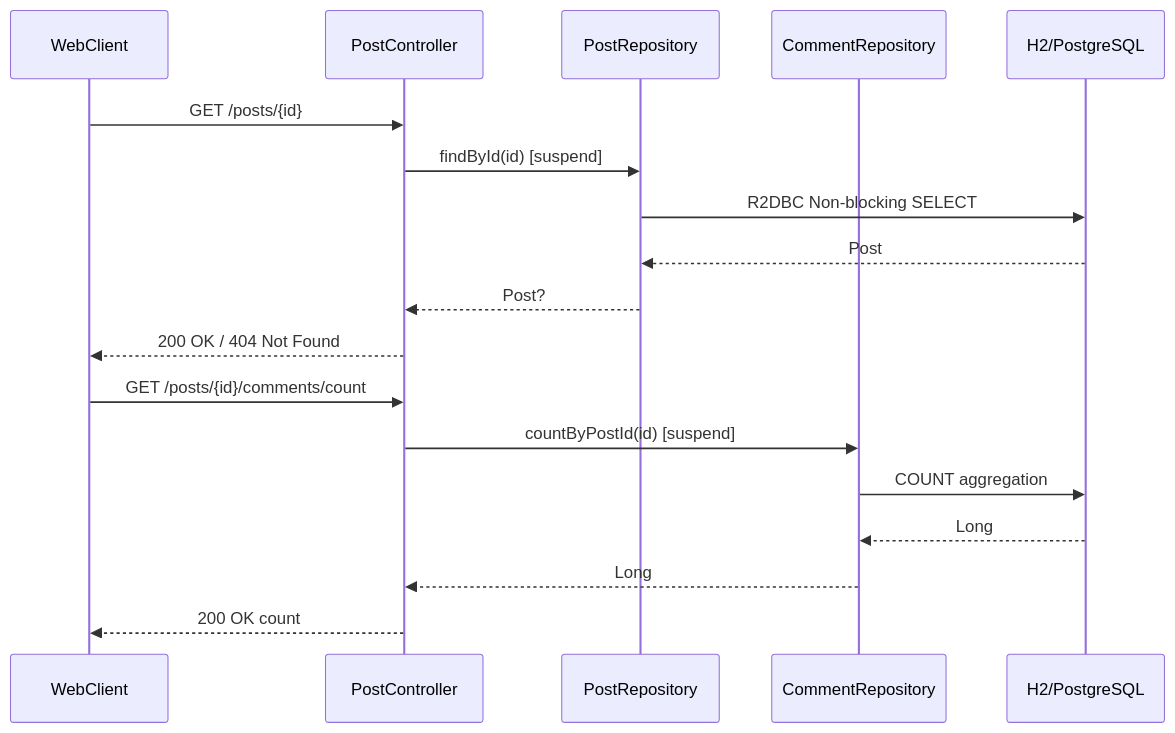
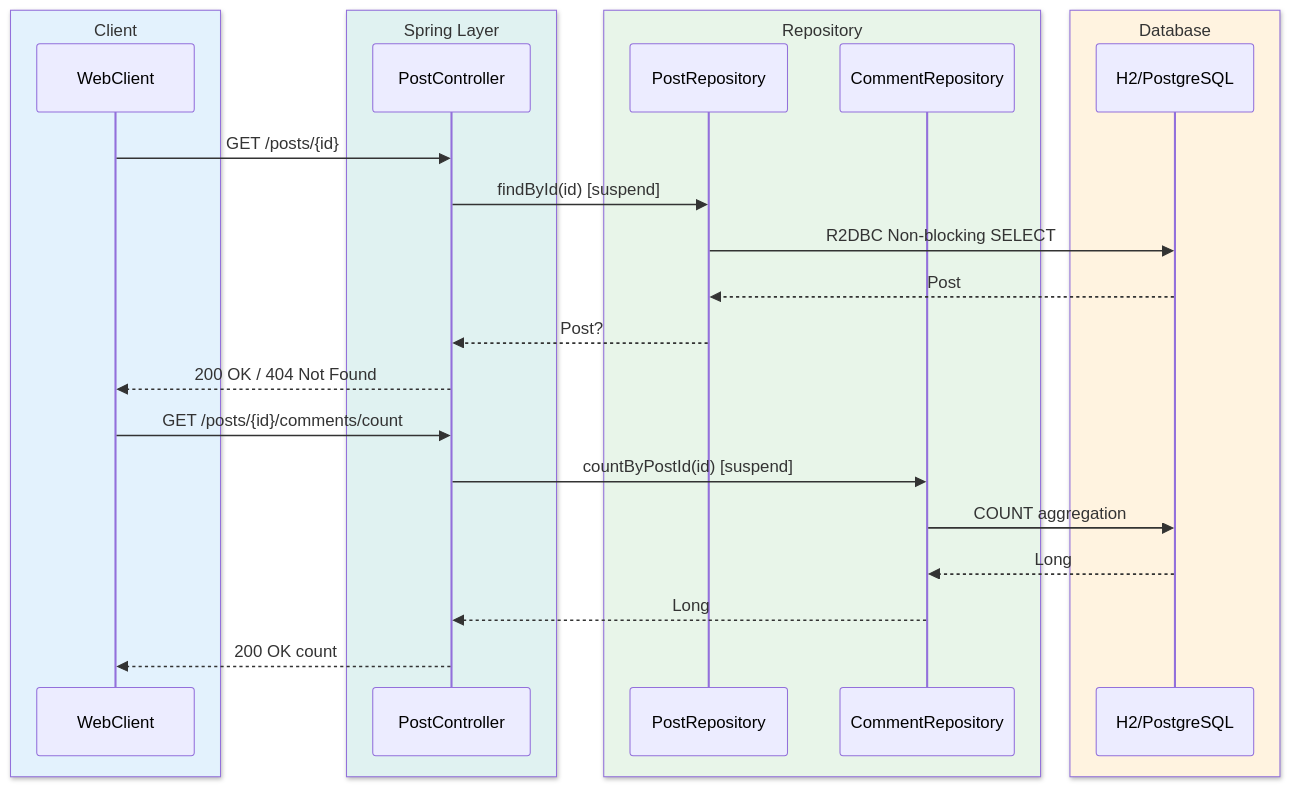
The first of 3 diagrams in 02-alternatives-to-jpa/r2dbc-example/README.md (bluetape4k/exposed-workshop), drawn with Mermaid before and after one commit. The commit also changed 43 other files, not shown here.

First line of the commit message:
docs: sequence diagram에 box rgb() 파스텔 영역 적용

````diff
--- a/02-alternatives-to-jpa/r2dbc-example/README.md
+++ b/02-alternatives-to-jpa/r2dbc-example/README.md
@@ -20,21 +20,29 @@
 ```mermaid
-%%{init: {"theme": "neutral", "themeVariables": {"fontFamily": "'Comic Mono', 'goorm sans code', 'JetBrains Mono', 'goorm sans'", "actorBkg": "#E3F2FD", "actorBorder": "#90CAF9", "actorTextColor": "#1565C0", "actorLineColor": "#90CAF9", "activationBkgColor": "#E8F5E9", "activationBorderColor": "#A5D6A7", "labelBoxBkgColor": "#FFF3E0", "labelBoxBorderColor": "#FFCC80", "labelTextColor": "#E65100", "loopTextColor": "#6A1B9A", "noteBkgColor": "#F3E5F5", "noteBorderColor": "#CE93D8", "noteTextColor": "#6A1B9A", "signalColor": "#1565C0", "signalTextColor": "#1565C0"}}}%%
+%%{init: {"theme": "neutral", "themeVariables": {"fontFamily": "'Comic Mono', 'goorm sans code', 'JetBrains Mono', 'goorm sans'"}}}%%
 sequenceDiagram
-    participant Client as WebClient
-    participant PC as PostController
-    participant PR as PostRepository
-    participant CR as CommentRepository
-    participant DB as H2/PostgreSQL
+    box rgb(227, 242, 253) Client
+        participant Client as WebClient
+    end
+    box rgb(224, 242, 241) Spring Layer
+        participant PC as PostController
+    end
+    box rgb(232, 245, 233) Repository
+        participant PR as PostRepository
+        participant CR as CommentRepository
+    end
+    box rgb(255, 243, 224) Database
+        participant DB as H2/PostgreSQL
+    end
     Client ->> PC: GET /posts/{id}
     PC ->> PR: findById(id) [suspend]
     PR ->> DB: R2DBC Non-blocking SELECT
     DB -->> PR: Post
     PR -->> PC: Post?
     PC -->> Client: 200 OK / 404 Not Found
     Client ->> PC: GET /posts/{id}/comments/count
     PC ->> CR: countByPostId(id) [suspend]
     CR ->> DB: COUNT aggregation
     DB -->> CR: Long
     CR -->> PC: Long
     PC -->> Client: 200 OK count
 ```
````
